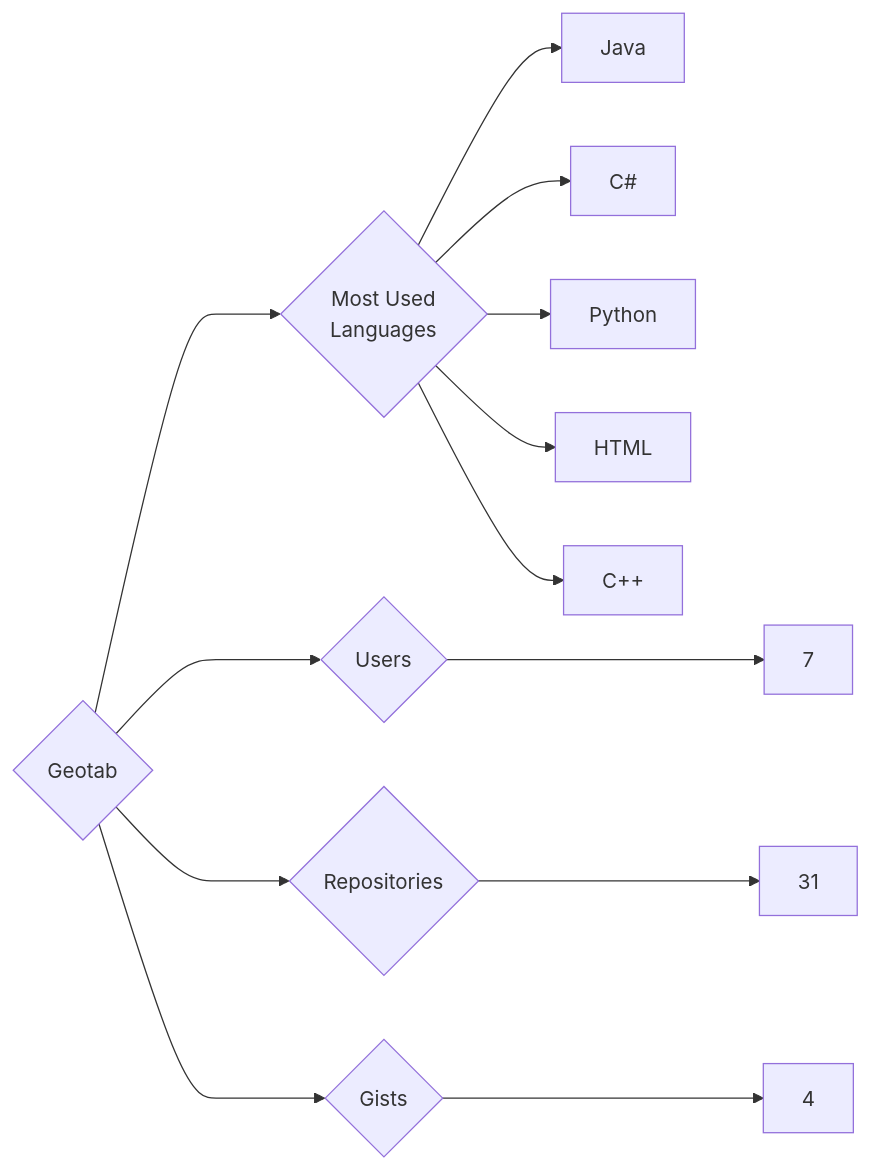
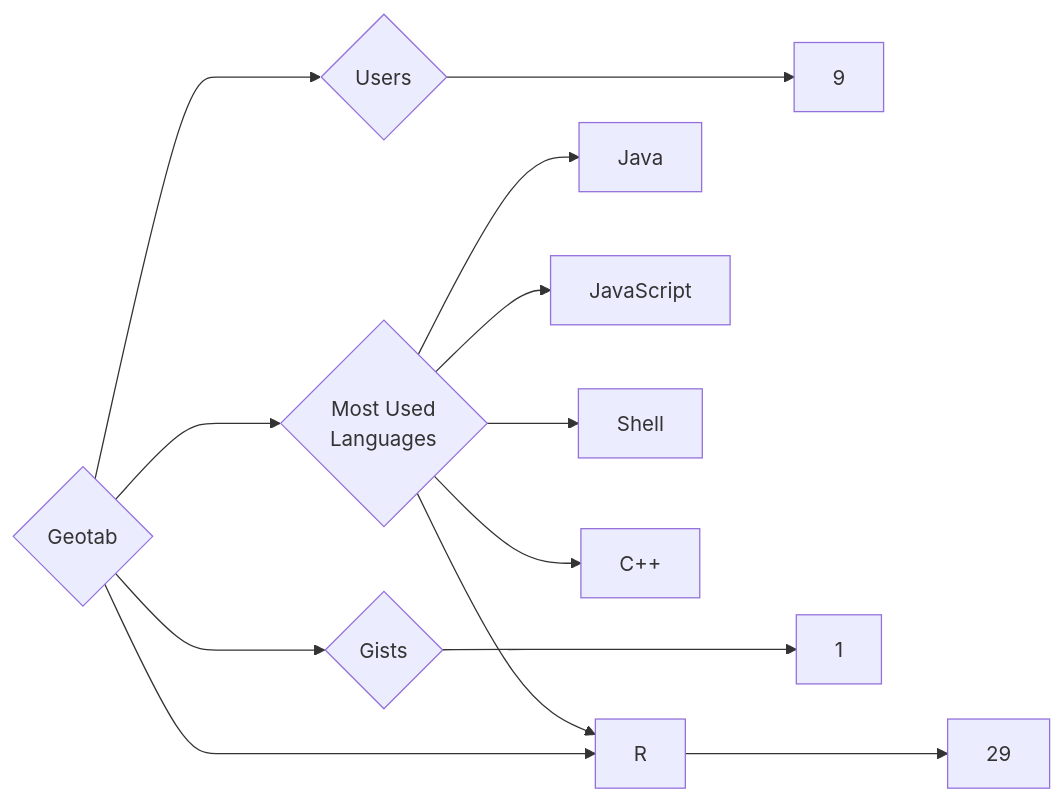
One commit to trickest/insiders changed the diagram in targets/Geotab/README.md. Above: the diagram before and after it, drawn with Mermaid. The commit also changed 933 other files, not shown here.

````diff
--- a/targets/Geotab/README.md
+++ b/targets/Geotab/README.md
@@ -3,13 +3,13 @@
 ```mermaid
 graph LR
 COMPANY_NAME{Geotab}
-COMPANY_NAME ---> U{Users} ---> UN[7]
-COMPANY_NAME ---> R{Repositories} ---> RN[31]
-COMPANY_NAME ---> G{Gists} ---> GN[4]
+COMPANY_NAME ---> U{Users} ---> UN[9]
+COMPANY_NAME ---> R{Repositories} ---> RN[29]
+COMPANY_NAME ---> G{Gists} ---> GN[1]
 COMPANY_NAME ---> ML{Most Used<br>Languages}
 ML --> Java[Java]
-ML --> C#[C#]
-ML --> Python[Python]
-ML --> HTML[HTML]
+ML --> JavaScript[JavaScript]
+ML --> Shell[Shell]
+ML --> R[R]
 ML --> C++[C++]
 ```
````
